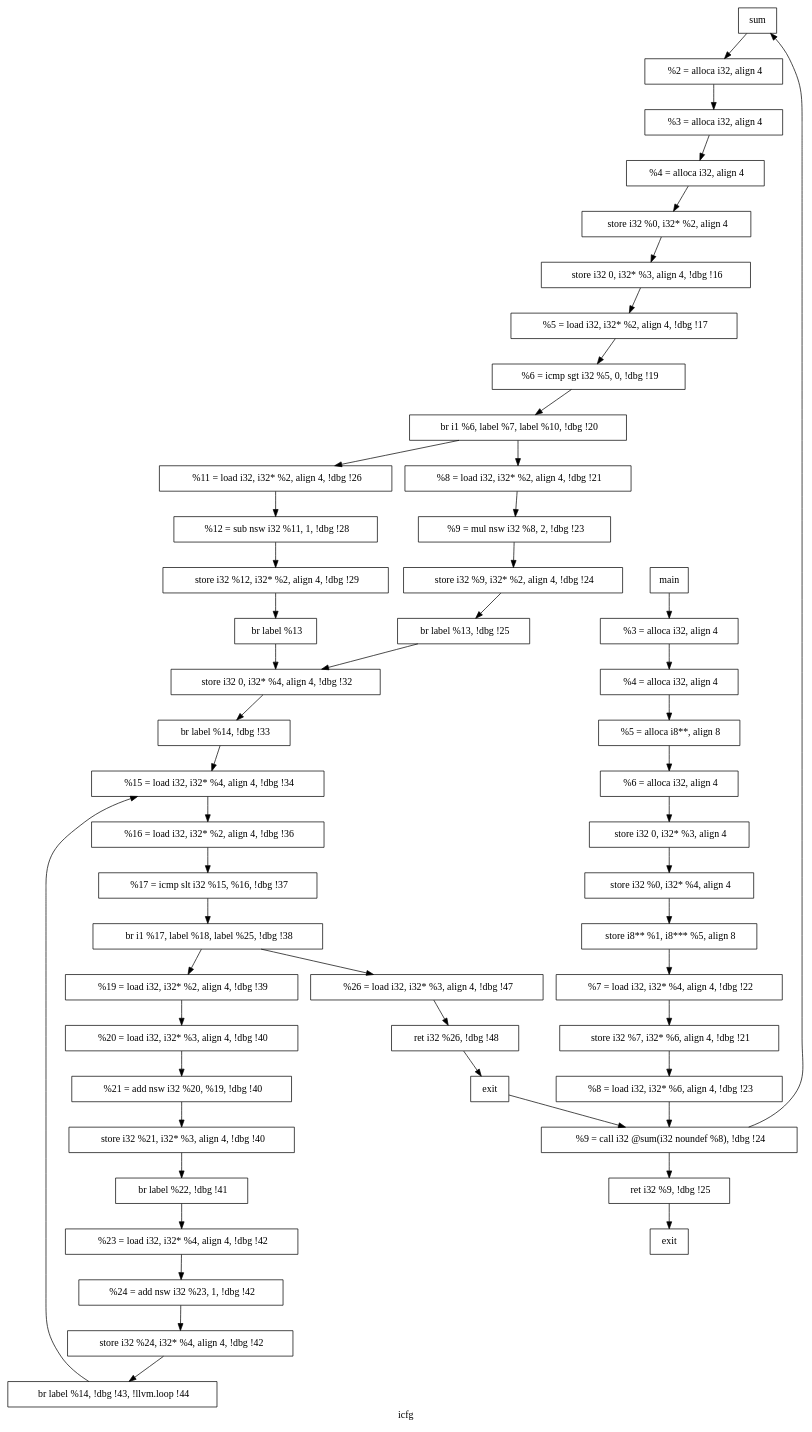
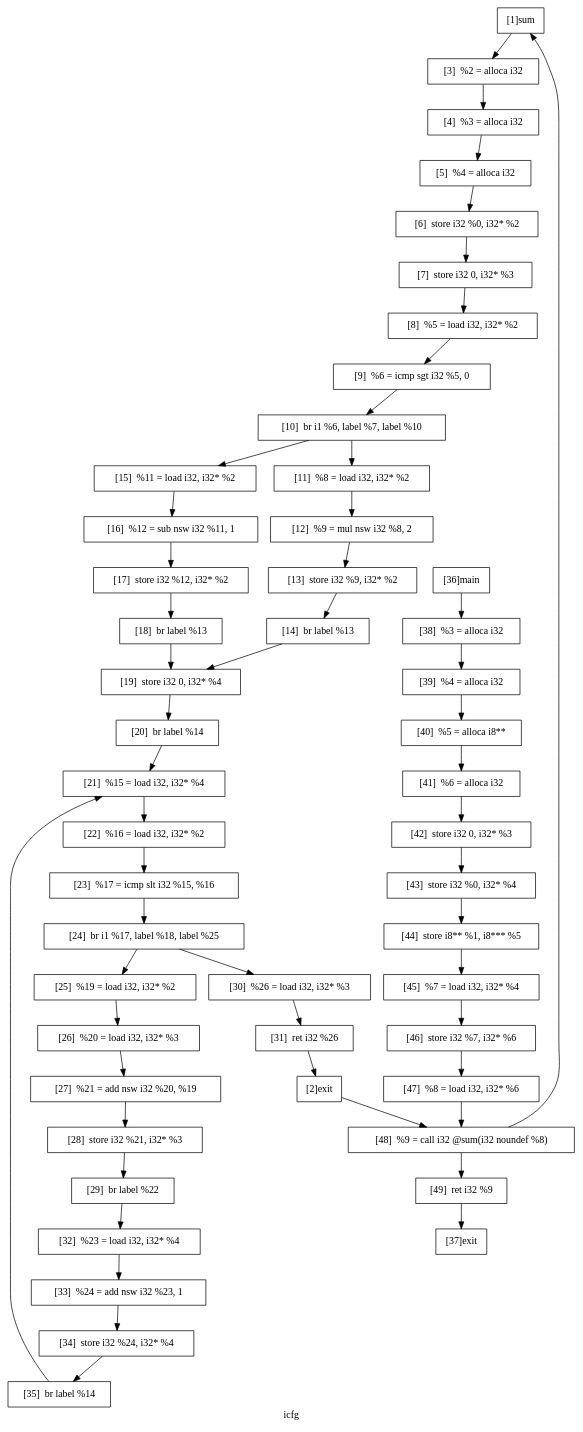
Before and after one commit to Mike-Wilson22/Program-Analysis: the diagram in pa_template/benchmark/bench3/icfg.dot, drawn with Graphviz. The commit also changed 149 other files, not shown here.

```diff
--- a/pa_template/benchmark/bench3/icfg.dot
+++ b/pa_template/benchmark/bench3/icfg.dot
@@ -1,109 +1,109 @@
 digraph "icfg"{
 	label="icfg";
 
 
 	// Define the nodes
-	N1 [shape=rectangle, color=black,label="sum"];
-	N2 [shape=rectangle, color=black,label="exit"];
-	N3 [shape=rectangle, color=black,label="  %2 = alloca i32, align 4"];
-	N4 [shape=rectangle, color=black,label="  %3 = alloca i32, align 4"];
-	N5 [shape=rectangle, color=black,label="  %4 = alloca i32, align 4"];
-	N6 [shape=rectangle, color=black,label="  store i32 %0, i32* %2, align 4"];
-	N7 [shape=rectangle, color=black,label="  store i32 0, i32* %3, align 4, !dbg !16"];
-	N8 [shape=rectangle, color=black,label="  %5 = load i32, i32* %2, align 4, !dbg !17"];
-	N9 [shape=rectangle, color=black,label="  %6 = icmp sgt i32 %5, 0, !dbg !19"];
-	N10 [shape=rectangle, color=black,label="  br i1 %6, label %7, label %10, !dbg !20"];
-	N11 [shape=rectangle, color=black,label="  %8 = load i32, i32* %2, align 4, !dbg !21"];
-	N12 [shape=rectangle, color=black,label="  %9 = mul nsw i32 %8, 2, !dbg !23"];
-	N13 [shape=rectangle, color=black,label="  store i32 %9, i32* %2, align 4, !dbg !24"];
-	N14 [shape=rectangle, color=black,label="  br label %13, !dbg !25"];
-	N15 [shape=rectangle, color=black,label="  %11 = load i32, i32* %2, align 4, !dbg !26"];
-	N16 [shape=rectangle, color=black,label="  %12 = sub nsw i32 %11, 1, !dbg !28"];
-	N17 [shape=rectangle, color=black,label="  store i32 %12, i32* %2, align 4, !dbg !29"];
-	N18 [shape=rectangle, color=black,label="  br label %13"];
-	N19 [shape=rectangle, color=black,label="  store i32 0, i32* %4, align 4, !dbg !32"];
-	N20 [shape=rectangle, color=black,label="  br label %14, !dbg !33"];
-	N21 [shape=rectangle, color=black,label="  %15 = load i32, i32* %4, align 4, !dbg !34"];
-	N22 [shape=rectangle, color=black,label="  %16 = load i32, i32* %2, align 4, !dbg !36"];
-	N23 [shape=rectangle, color=black,label="  %17 = icmp slt i32 %15, %16, !dbg !37"];
-	N24 [shape=rectangle, color=black,label="  br i1 %17, label %18, label %25, !dbg !38"];
-	N25 [shape=rectangle, color=black,label="  %19 = load i32, i32* %2, align 4, !dbg !39"];
-	N26 [shape=rectangle, color=black,label="  %20 = load i32, i32* %3, align 4, !dbg !40"];
-	N27 [shape=rectangle, color=black,label="  %21 = add nsw i32 %20, %19, !dbg !40"];
-	N28 [shape=rectangle, color=black,label="  store i32 %21, i32* %3, align 4, !dbg !40"];
-	N29 [shape=rectangle, color=black,label="  br label %22, !dbg !41"];
-	N30 [shape=rectangle, color=black,label="  %26 = load i32, i32* %3, align 4, !dbg !47"];
-	N31 [shape=rectangle, color=black,label="  ret i32 %26, !dbg !48"];
-	N32 [shape=rectangle, color=black,label="  %23 = load i32, i32* %4, align 4, !dbg !42"];
-	N33 [shape=rectangle, color=black,label="  %24 = add nsw i32 %23, 1, !dbg !42"];
-	N34 [shape=rectangle, color=black,label="  store i32 %24, i32* %4, align 4, !dbg !42"];
-	N35 [shape=rectangle, color=black,label="  br label %14, !dbg !43, !llvm.loop !44"];
-	N36 [shape=rectangle, color=black,label="main"];
-	N37 [shape=rectangle, color=black,label="exit"];
-	N38 [shape=rectangle, color=black,label="  %3 = alloca i32, align 4"];
-	N39 [shape=rectangle, color=black,label="  %4 = alloca i32, align 4"];
-	N40 [shape=rectangle, color=black,label="  %5 = alloca i8**, align 8"];
-	N41 [shape=rectangle, color=black,label="  %6 = alloca i32, align 4"];
-	N42 [shape=rectangle, color=black,label="  store i32 0, i32* %3, align 4"];
-	N43 [shape=rectangle, color=black,label="  store i32 %0, i32* %4, align 4"];
-	N44 [shape=rectangle, color=black,label="  store i8** %1, i8*** %5, align 8"];
-	N45 [shape=rectangle, color=black,label="  %7 = load i32, i32* %4, align 4, !dbg !22"];
-	N46 [shape=rectangle, color=black,label="  store i32 %7, i32* %6, align 4, !dbg !21"];
-	N47 [shape=rectangle, color=black,label="  %8 = load i32, i32* %6, align 4, !dbg !23"];
-	N48 [shape=rectangle, color=black,label="  %9 = call i32 @sum(i32 noundef %8), !dbg !24"];
-	N49 [shape=rectangle, color=black,label="  ret i32 %9, !dbg !25"];
+	N1 [shape=rectangle, color=black,label="[1]sum"];
+	N2 [shape=rectangle, color=black,label="[2]exit"];
+	N3 [shape=rectangle, color=black,label="[3]  %2 = alloca i32"];
+	N4 [shape=rectangle, color=black,label="[4]  %3 = alloca i32"];
+	N5 [shape=rectangle, color=black,label="[5]  %4 = alloca i32"];
+	N6 [shape=rectangle, color=black,label="[6]  store i32 %0, i32* %2"];
+	N7 [shape=rectangle, color=black,label="[7]  store i32 0, i32* %3"];
+	N8 [shape=rectangle, color=black,label="[8]  %5 = load i32, i32* %2"];
+	N9 [shape=rectangle, color=black,label="[9]  %6 = icmp sgt i32 %5, 0"];
+	N10 [shape=rectangle, color=black,label="[10]  br i1 %6, label %7, label %10"];
+	N11 [shape=rectangle, color=black,label="[11]  %8 = load i32, i32* %2"];
+	N12 [shape=rectangle, color=black,label="[12]  %9 = mul nsw i32 %8, 2"];
+	N13 [shape=rectangle, color=black,label="[13]  store i32 %9, i32* %2"];
+	N14 [shape=rectangle, color=black,label="[14]  br label %13"];
+	N15 [shape=rectangle, color=black,label="[15]  %11 = load i32, i32* %2"];
+	N16 [shape=rectangle, color=black,label="[16]  %12 = sub nsw i32 %11, 1"];
+	N17 [shape=rectangle, color=black,label="[17]  store i32 %12, i32* %2"];
+	N18 [shape=rectangle, color=black,label="[18]  br label %13"];
+	N19 [shape=rectangle, color=black,label="[19]  store i32 0, i32* %4"];
+	N20 [shape=rectangle, color=black,label="[20]  br label %14"];
+	N21 [shape=rectangle, color=black,label="[21]  %15 = load i32, i32* %4"];
+	N22 [shape=rectangle, color=black,label="[22]  %16 = load i32, i32* %2"];
+	N23 [shape=rectangle, color=black,label="[23]  %17 = icmp slt i32 %15, %16"];
+	N24 [shape=rectangle, color=black,label="[24]  br i1 %17, label %18, label %25"];
+	N25 [shape=rectangle, color=black,label="[25]  %19 = load i32, i32* %2"];
+	N26 [shape=rectangle, color=black,label="[26]  %20 = load i32, i32* %3"];
+	N27 [shape=rectangle, color=black,label="[27]  %21 = add nsw i32 %20, %19"];
+	N28 [shape=rectangle, color=black,label="[28]  store i32 %21, i32* %3"];
+	N29 [shape=rectangle, color=black,label="[29]  br label %22"];
+	N30 [shape=rectangle, color=black,label="[30]  %26 = load i32, i32* %3"];
+	N31 [shape=rectangle, color=black,label="[31]  ret i32 %26"];
+	N32 [shape=rectangle, color=black,label="[32]  %23 = load i32, i32* %4"];
+	N33 [shape=rectangle, color=black,label="[33]  %24 = add nsw i32 %23, 1"];
+	N34 [shape=rectangle, color=black,label="[34]  store i32 %24, i32* %4"];
+	N35 [shape=rectangle, color=black,label="[35]  br label %14"];
+	N36 [shape=rectangle, color=black,label="[36]main"];
+	N37 [shape=rectangle, color=black,label="[37]exit"];
+	N38 [shape=rectangle, color=black,label="[38]  %3 = alloca i32"];
+	N39 [shape=rectangle, color=black,label="[39]  %4 = alloca i32"];
+	N40 [shape=rectangle, color=black,label="[40]  %5 = alloca i8**"];
+	N41 [shape=rectangle, color=black,label="[41]  %6 = alloca i32"];
+	N42 [shape=rectangle, color=black,label="[42]  store i32 0, i32* %3"];
+	N43 [shape=rectangle, color=black,label="[43]  store i32 %0, i32* %4"];
+	N44 [shape=rectangle, color=black,label="[44]  store i8** %1, i8*** %5"];
+	N45 [shape=rectangle, color=black,label="[45]  %7 = load i32, i32* %4"];
+	N46 [shape=rectangle, color=black,label="[46]  store i32 %7, i32* %6"];
+	N47 [shape=rectangle, color=black,label="[47]  %8 = load i32, i32* %6"];
+	N48 [shape=rectangle, color=black,label="[48]  %9 = call i32 @sum(i32 noundef %8)"];
+	N49 [shape=rectangle, color=black,label="[49]  ret i32 %9"];
 
 
 	// Define the edges
 	N1 -> N3[color=black,label=""];
 	N2 -> N48[color=black,label=""];
 	N3 -> N4[color=black,label=""];
 	N4 -> N5[color=black,label=""];
 	N5 -> N6[color=black,label=""];
 	N6 -> N7[color=black,label=""];
 	N7 -> N8[color=black,label=""];
 	N8 -> N9[color=black,label=""];
 	N9 -> N10[color=black,label=""];
 	N10 -> N11[color=black,label=""];
 	N10 -> N15[color=black,label=""];
 	N11 -> N12[color=black,label=""];
 	N12 -> N13[color=black,label=""];
 	N13 -> N14[color=black,label=""];
 	N14 -> N19[color=black,label=""];
 	N15 -> N16[color=black,label=""];
 	N16 -> N17[color=black,label=""];
 	N17 -> N18[color=black,label=""];
 	N18 -> N19[color=black,label=""];
 	N19 -> N20[color=black,label=""];
 	N20 -> N21[color=black,label=""];
 	N21 -> N22[color=black,label=""];
 	N22 -> N23[color=black,label=""];
 	N23 -> N24[color=black,label=""];
 	N24 -> N25[color=black,label=""];
 	N24 -> N30[color=black,label=""];
 	N25 -> N26[color=black,label=""];
 	N26 -> N27[color=black,label=""];
 	N27 -> N28[color=black,label=""];
 	N28 -> N29[color=black,label=""];
 	N29 -> N32[color=black,label=""];
 	N30 -> N31[color=black,label=""];
 	N31 -> N2[color=black,label=""];
 	N32 -> N33[color=black,label=""];
 	N33 -> N34[color=black,label=""];
 	N34 -> N35[color=black,label=""];
 	N35 -> N21[color=black,label=""];
 	N36 -> N38[color=black,label=""];
 	N38 -> N39[color=black,label=""];
 	N39 -> N40[color=black,label=""];
 	N40 -> N41[color=black,label=""];
 	N41 -> N42[color=black,label=""];
 	N42 -> N43[color=black,label=""];
 	N43 -> N44[color=black,label=""];
 	N44 -> N45[color=black,label=""];
 	N45 -> N46[color=black,label=""];
 	N46 -> N47[color=black,label=""];
 	N47 -> N48[color=black,label=""];
 	N48 -> N1[color=black,label=""];
 	N48 -> N49[color=black,label=""];
 	N49 -> N37[color=black,label=""];
 }
```
